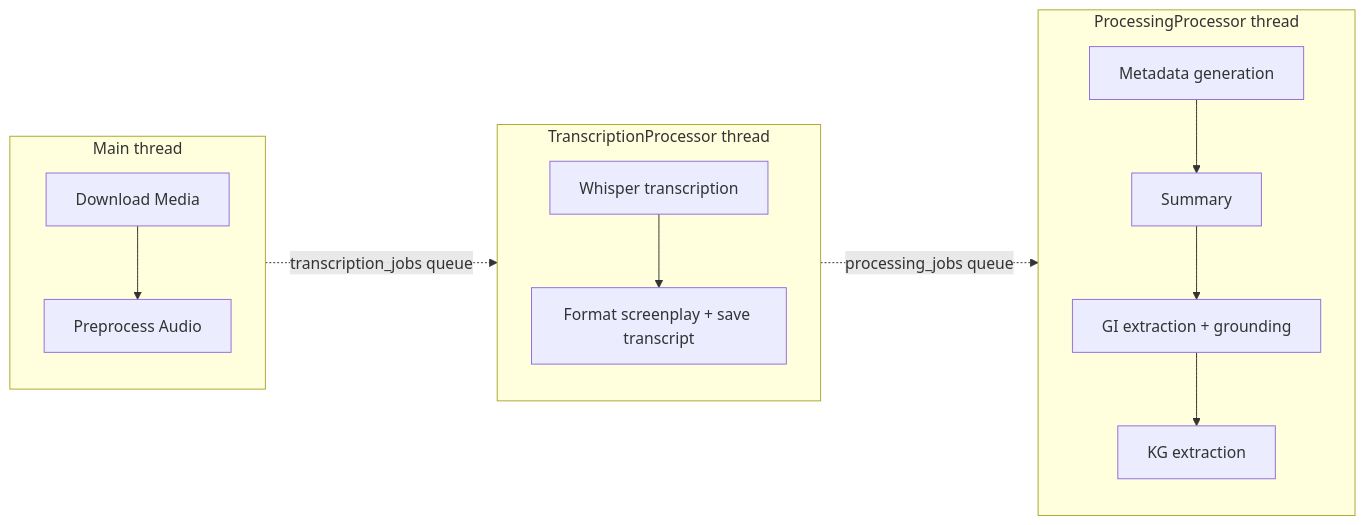
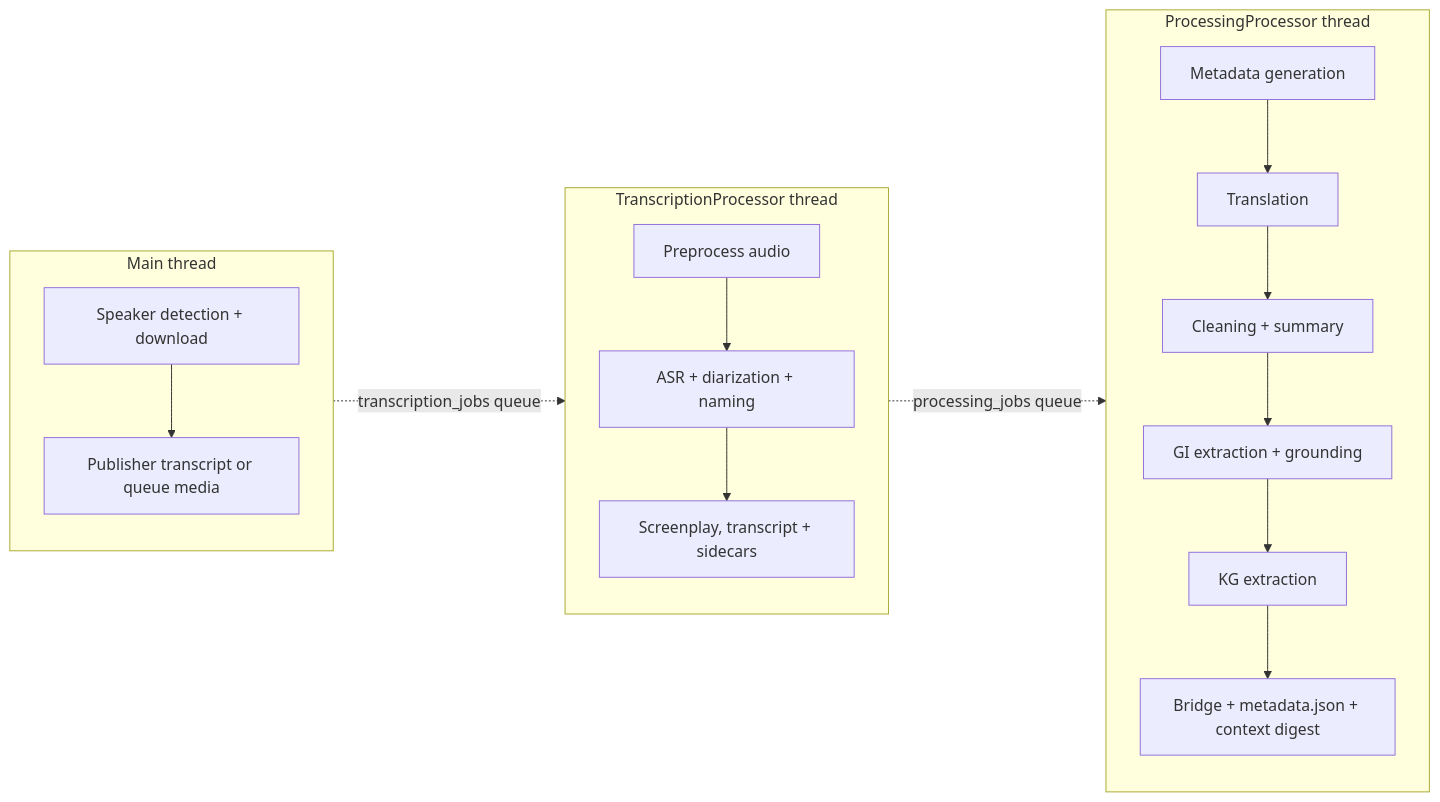
Before and after one commit to chipi/podcast_scraper: the second of 3 diagrams in docs/guides/PIPELINE_AND_WORKFLOW.md, drawn with Mermaid. The commit also changed other lines of this file and 37 other files, not shown here.

````diff
--- a/docs/guides/PIPELINE_AND_WORKFLOW.md
+++ b/docs/guides/PIPELINE_AND_WORKFLOW.md
@@ -84,20 +94,23 @@
 ```mermaid
 flowchart LR
     subgraph M[Main thread]
         direction TB
-        M1[Download Media] --> M2[Preprocess Audio]
+        M1[Speaker detection + download] --> M2[Publisher transcript or queue media]
     end
     subgraph T[TranscriptionProcessor thread]
         direction TB
-        T1[Whisper transcription] --> T2[Format screenplay + save transcript]
+        T1[Preprocess audio] --> T2[ASR + diarization + naming]
+        T2 --> T3[Screenplay, transcript + sidecars]
     end
     subgraph P[ProcessingProcessor thread]
         direction TB
-        P1[Metadata generation] --> P2[Summary]
-        P2 --> P3[GI extraction + grounding]
-        P3 --> P4[KG extraction]
+        P1[Metadata generation] --> P2[Translation]
+        P2 --> P3[Cleaning + summary]
+        P3 --> P4[GI extraction + grounding]
+        P4 --> P5[KG extraction]
+        P5 --> P6[Bridge + metadata.json + context digest]
     end
 
     M2 -.transcription_jobs queue.-> T1
-    T2 -.processing_jobs queue.-> P1
+    T3 -.processing_jobs queue.-> P1
 ```
````
